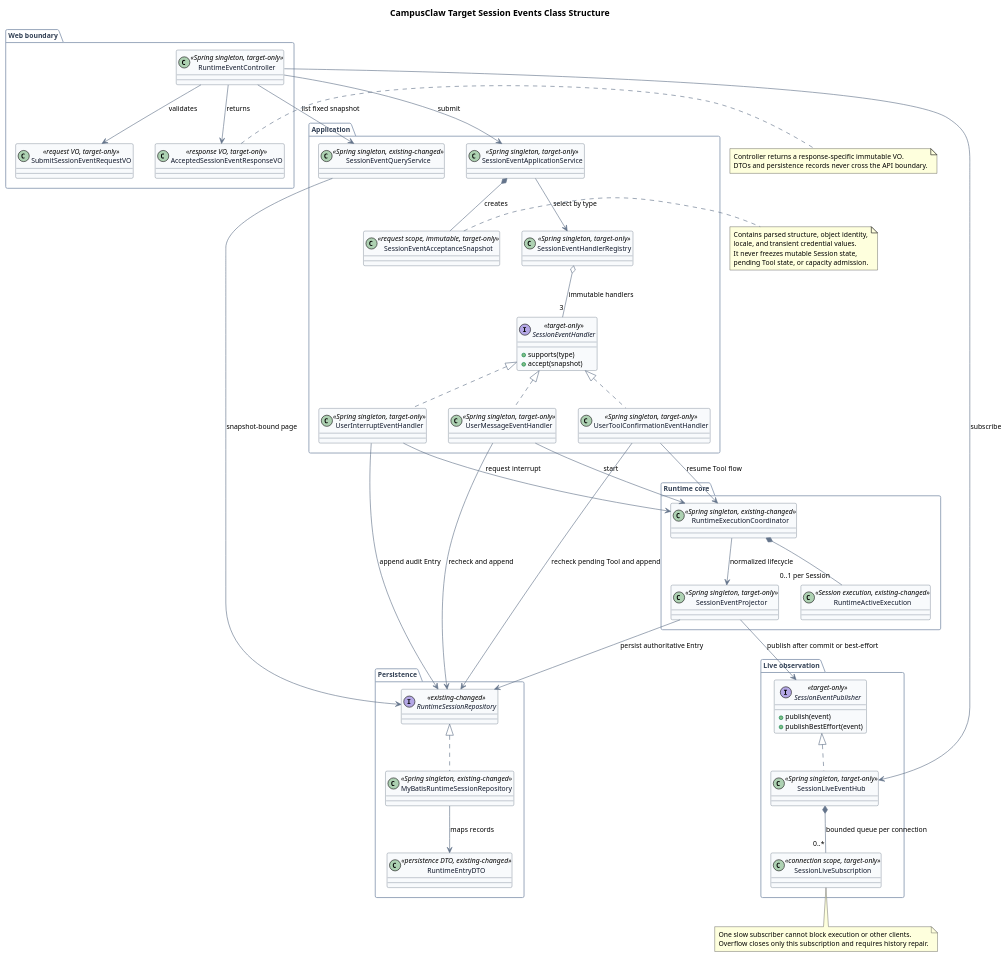
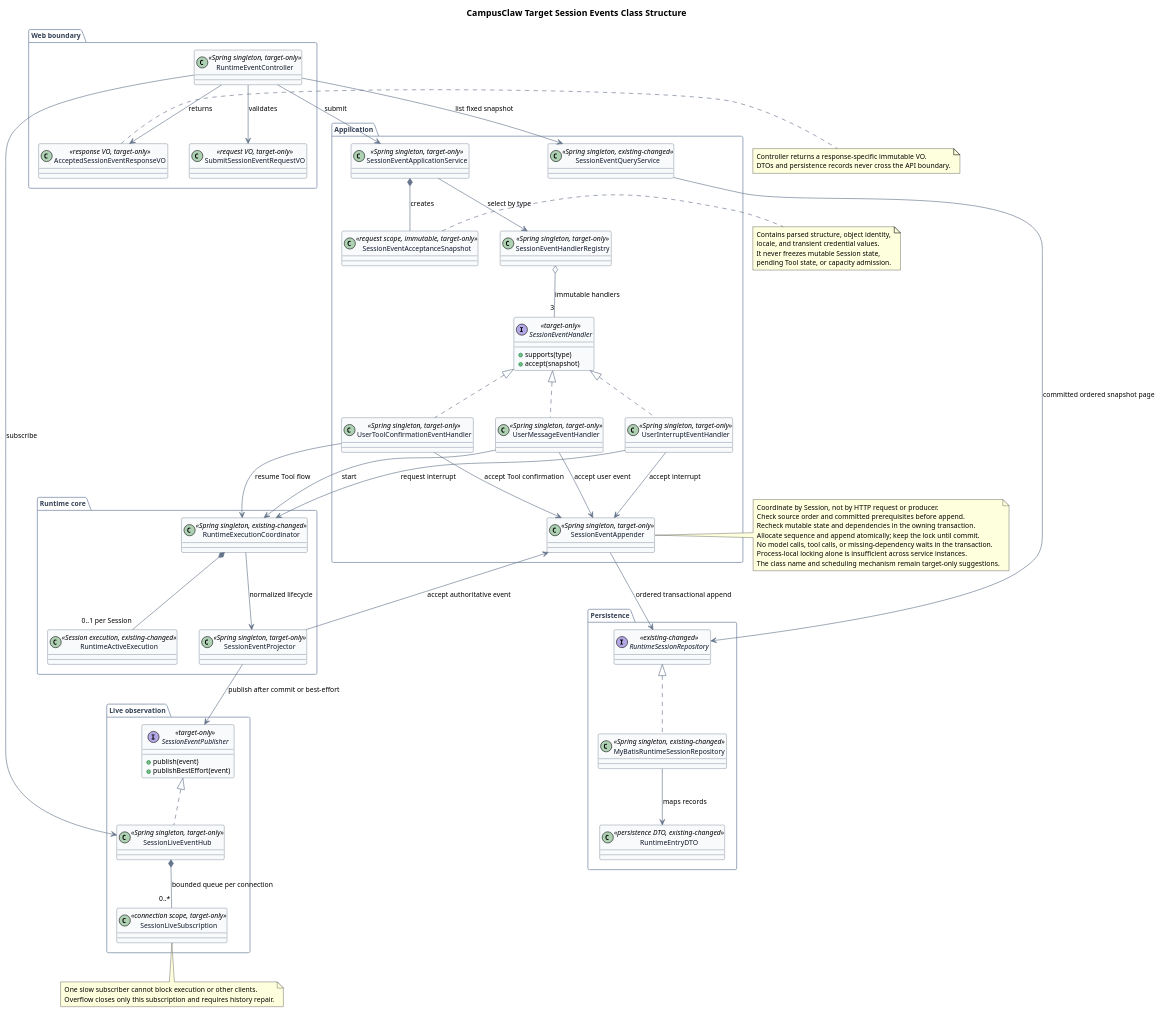
One commit to ssm0808/pi-mono-java-design changed the second of 2 diagrams in 01-总体架构/01-CampusClaw多Agent运行时/设计图/事件接口重设计/diagram.puml. Above: the diagram before and after it, drawn with PlantUML. The commit also changed other lines of this file and 8 other files, not shown here.

```diff
--- a/01-总体架构/01-CampusClaw多Agent运行时/设计图/事件接口重设计/diagram.puml
+++ b/01-总体架构/01-CampusClaw多Agent运行时/设计图/事件接口重设计/diagram.puml
@@ -110,130 +128,151 @@
 @startuml target_session_events_classes
 title CampusClaw Target Session Events Class Structure
 
 ' Source evidence (pi-mono-java c9d858bc8261bf07f5585f545b53495bf2226a56):
 ' modules/coding-agent-cli/src/main/java/com/campusclaw/codingagent/runtimeapi/web/RuntimeEventController.java,
 ' RuntimeEventController.submit and RuntimeEventController.list, lines 39-91.
 ' modules/coding-agent-cli/src/main/java/com/campusclaw/codingagent/runtimeapi/event/RuntimeEventService.java,
 ' RuntimeEventService.submit and RuntimeEventService.prepareAndSubmit, lines 76-118.
 ' modules/coding-agent-cli/src/main/java/com/campusclaw/codingagent/runtimeapi/event/RuntimeEventStream.java,
 ' RuntimeEventStream.attach, lines 93-100.
 ' modules/coding-agent-cli/src/main/java/com/campusclaw/codingagent/runtimeapi/session/RuntimeSessionControlService.java,
 ' steer, followUp, abort, and prepareAbort, lines 59-132.
 ' modules/coding-agent-cli/src/main/java/com/campusclaw/codingagent/runtimeapi/persistence/MyBatisRuntimeSessionRepository.java,
 ' acceptUserEvent and listCurrentBranch, lines 57-120.
 ' Observed behavior: current write, query, execution control, and one-subscriber
 ' streaming responsibilities are split across the cited classes but remain tied
 ' to one execution-scoped RuntimeEventStream returned by POST.
 ' Target-only design: all classes and relationships below are target-only unless
 ' a class is explicitly marked existing-changed.
 ' Architecture change: event-type strategies replace a central type branch, and
 ' SessionLiveEventHub replaces RuntimeEventStream as the HTTP observation boundary.
 ' Design reason: isolate request validation, mutable admission, execution lifetime,
 ' per-connection backpressure, persistence, and public projection responsibilities.
+' Supplemental evidence (pi-mono-java a8192e047f4061bd385297d3dc6c4358362d0d49):
+' campusclaw/src/main/java/com/huawei/hicampus/claw/codingagent/runtimeapi/event/RuntimeEventProjector.java,
+' onEvent and persistAssistant, lines 105-116 and 238-254.
+' campusclaw/src/main/java/com/huawei/hicampus/claw/codingagent/runtimeapi/persistence/MyBatisRuntimeSessionRepository.java,
+' appendEntry and appendLocked, lines 76-87 and 208-218.
+' Observed behavior: synchronized callbacks and transactional append, unchanged
+' from c9d858bc8261bf07f5585f545b53495bf2226a56 for these files.
+' Target-only architecture change: all authoritative writers share Session ordering.
+' Design reason: prevent a dependent result from winning a race to the DB lock.
 
 skinparam backgroundColor #FFFFFF
 skinparam shadowing false
 skinparam defaultFontName Arial
 skinparam defaultFontSize 11
 skinparam class {
   BackgroundColor #F8FAFC
   BorderColor #475569
   FontColor #0F172A
   ArrowColor #64748B
 }
 skinparam package {
   BorderColor #94A3B8
   FontColor #334155
 }
 
 top to bottom direction
 
 package "Web boundary" {
   class RuntimeEventController <<Spring singleton, target-only>>
   class SubmitSessionEventRequestVO <<request VO, target-only>>
   class AcceptedSessionEventResponseVO <<response VO, target-only>>
 }
 
 package "Application" {
   class SessionEventApplicationService <<Spring singleton, target-only>>
   class SessionEventHandlerRegistry <<Spring singleton, target-only>>
   interface SessionEventHandler <<target-only>> {
     +supports(type)
     +accept(snapshot)
   }
   class UserMessageEventHandler <<Spring singleton, target-only>>
   class UserInterruptEventHandler <<Spring singleton, target-only>>
   class UserToolConfirmationEventHandler <<Spring singleton, target-only>>
   class SessionEventAcceptanceSnapshot <<request scope, immutable, target-only>>
+  class SessionEventAppender <<Spring singleton, target-only>>
   class SessionEventQueryService <<Spring singleton, existing-changed>>
 }
 
 package "Runtime core" {
   class RuntimeExecutionCoordinator <<Spring singleton, existing-changed>>
   class RuntimeActiveExecution <<Session execution, existing-changed>>
   class SessionEventProjector <<Spring singleton, target-only>>
 }
 
 package "Live observation" {
   interface SessionEventPublisher <<target-only>> {
     +publish(event)
     +publishBestEffort(event)
   }
   class SessionLiveEventHub <<Spring singleton, target-only>>
   class SessionLiveSubscription <<connection scope, target-only>>
 }
 
 package "Persistence" {
   interface RuntimeSessionRepository <<existing-changed>>
   class MyBatisRuntimeSessionRepository <<Spring singleton, existing-changed>>
   class RuntimeEntryDTO <<persistence DTO, existing-changed>>
 }
 
 RuntimeEventController --> SubmitSessionEventRequestVO : validates
 RuntimeEventController --> SessionEventApplicationService : submit
 RuntimeEventController --> AcceptedSessionEventResponseVO : returns
 RuntimeEventController --> SessionLiveEventHub : subscribe
 RuntimeEventController --> SessionEventQueryService : list fixed snapshot
 
 SessionEventApplicationService *-- SessionEventAcceptanceSnapshot : creates
 SessionEventApplicationService --> SessionEventHandlerRegistry : select by type
 SessionEventHandlerRegistry o-- "3" SessionEventHandler : immutable handlers
 SessionEventHandler <|.. UserMessageEventHandler
 SessionEventHandler <|.. UserInterruptEventHandler
 SessionEventHandler <|.. UserToolConfirmationEventHandler
 
-UserMessageEventHandler --> RuntimeSessionRepository : recheck and append
+UserMessageEventHandler --> SessionEventAppender : accept user event
 UserMessageEventHandler --> RuntimeExecutionCoordinator : start
-UserInterruptEventHandler --> RuntimeSessionRepository : append audit Entry
+UserInterruptEventHandler --> SessionEventAppender : accept interrupt
 UserInterruptEventHandler --> RuntimeExecutionCoordinator : request interrupt
-UserToolConfirmationEventHandler --> RuntimeSessionRepository : recheck pending Tool and append
+UserToolConfirmationEventHandler --> SessionEventAppender : accept Tool confirmation
 UserToolConfirmationEventHandler --> RuntimeExecutionCoordinator : resume Tool flow
 
 RuntimeExecutionCoordinator *-- "0..1 per Session" RuntimeActiveExecution
 RuntimeExecutionCoordinator --> SessionEventProjector : normalized lifecycle
-SessionEventProjector --> RuntimeSessionRepository : persist authoritative Entry
+SessionEventProjector --> SessionEventAppender : accept authoritative event
+SessionEventAppender --> RuntimeSessionRepository : ordered transactional append
 SessionEventProjector --> SessionEventPublisher : publish after commit or best-effort
 SessionEventPublisher <|.. SessionLiveEventHub
 SessionLiveEventHub *-- "0..*" SessionLiveSubscription : bounded queue per connection
 
-SessionEventQueryService --> RuntimeSessionRepository : snapshot-bound page
+SessionEventQueryService --> RuntimeSessionRepository : committed ordered snapshot page
 RuntimeSessionRepository <|.. MyBatisRuntimeSessionRepository
 MyBatisRuntimeSessionRepository --> RuntimeEntryDTO : maps records
 
 note right of SessionEventAcceptanceSnapshot
 Contains parsed structure, object identity,
 locale, and transient credential values.
 It never freezes mutable Session state,
 pending Tool state, or capacity admission.
 end note
 
 note right of AcceptedSessionEventResponseVO
 Controller returns a response-specific immutable VO.
 DTOs and persistence records never cross the API boundary.
 end note
 
+note right of SessionEventAppender
+Coordinate by Session, not by HTTP request or producer.
+Check source order and committed prerequisites before append.
+Recheck mutable state and dependencies in the owning transaction.
+Allocate sequence and append atomically; keep the lock until commit.
+No model calls, tool calls, or missing-dependency waits in the transaction.
+Process-local locking alone is insufficient across service instances.
+The class name and scheduling mechanism remain target-only suggestions.
+end note
+
 note bottom of SessionLiveSubscription
 One slow subscriber cannot block execution or other clients.
 Overflow closes only this subscription and requires history repair.
 end note
 @enduml
```
